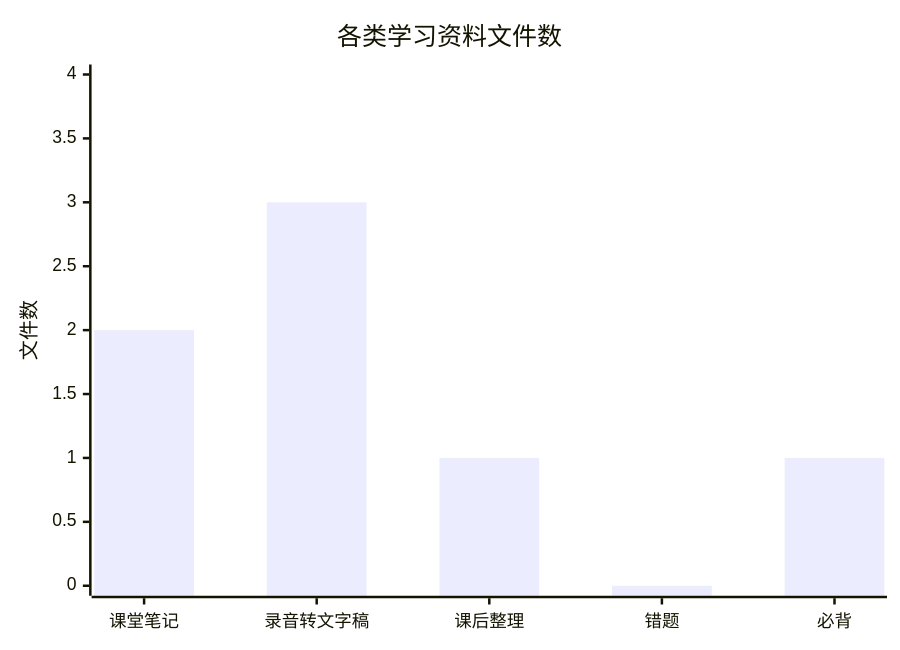
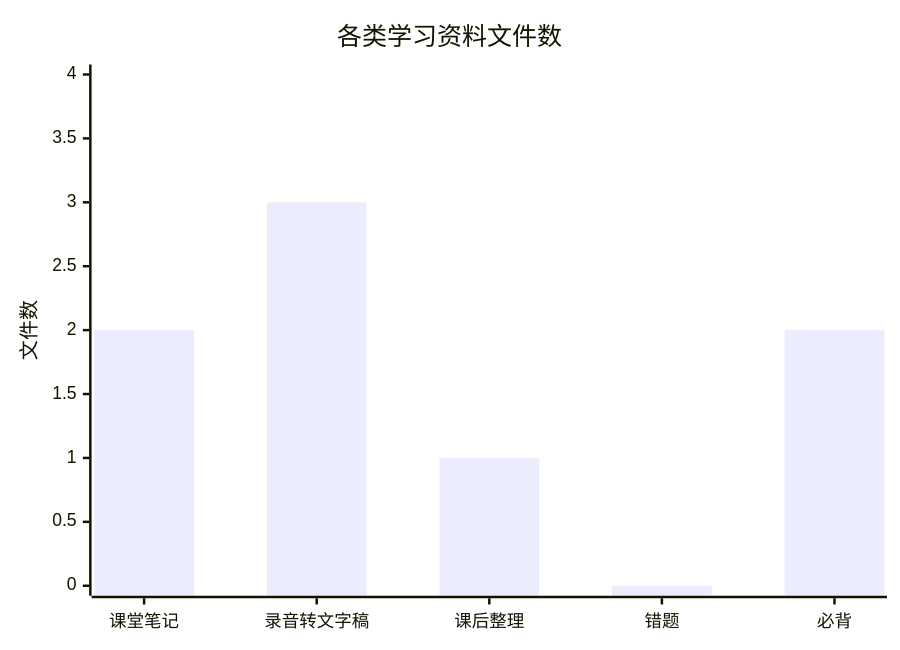
The third of 3 diagrams in README.md (zhuchenyu2008/Learning-Library), drawn with Mermaid before and after one commit. The commit also changed other lines of this file, not shown here.

````diff
--- a/README.md
+++ b/README.md
@@ -56,7 +56,7 @@
 ```mermaid
 xychart-beta
     title "各类学习资料文件数"
     x-axis ["课堂笔记", "录音转文字稿", "课后整理", "错题", "必背"]
     y-axis "文件数" 0 --> 4
-    bar [2, 3, 1, 0, 1]
+    bar [2, 3, 1, 0, 2]
 ```
````
